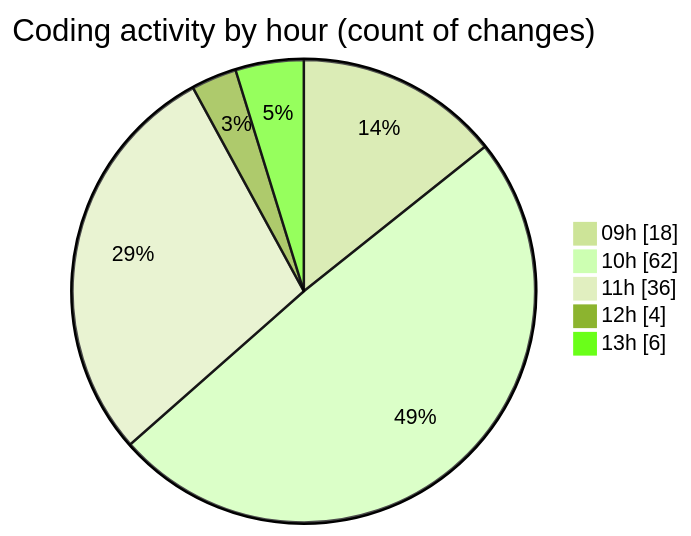
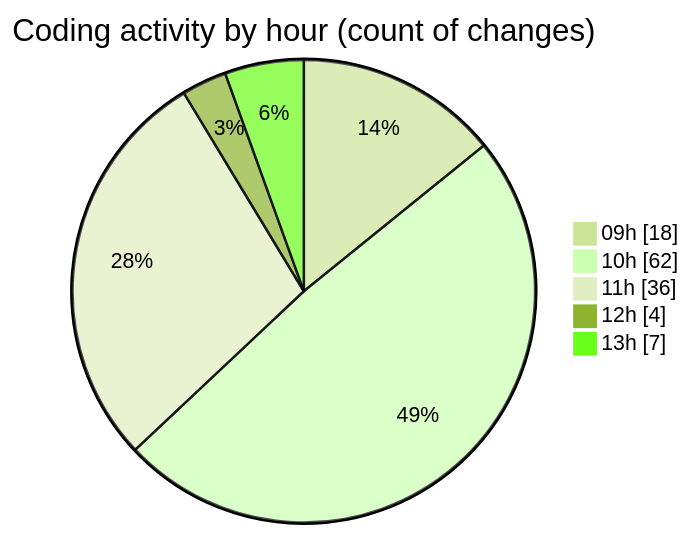
Before and after one commit to momahboobian/code-tracking: the second of 2 diagrams in 2025-07-01/cda/README.md, drawn with Mermaid (forest theme). The commit also changed other lines of this file and 1 other file, not shown here.

````diff
--- a/2025-07-01/cda/README.md
+++ b/2025-07-01/cda/README.md
@@ -45,9 +46,9 @@
 ```mermaid
 pie showData
 title Coding activity by hour (count of changes)
 "09h" : 18
 "10h" : 62
 "11h" : 36
 "12h" : 4
-"13h" : 6
+"13h" : 7
 ```
````
